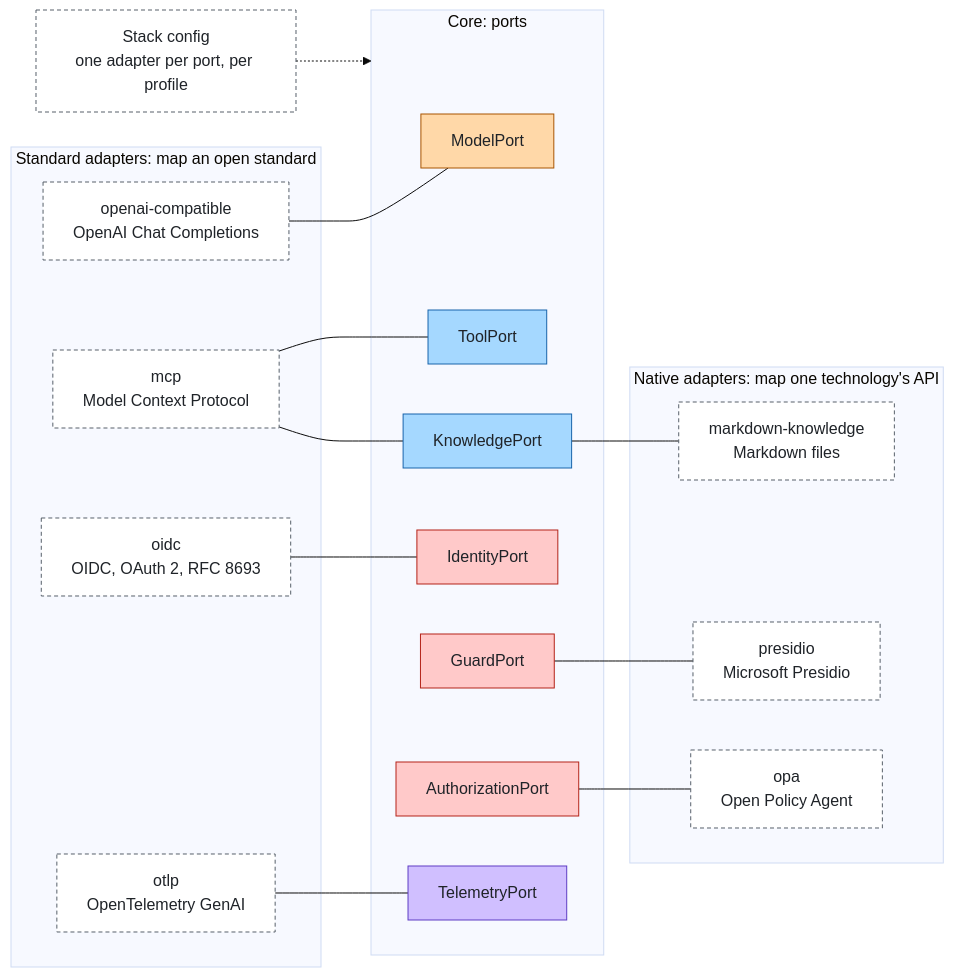
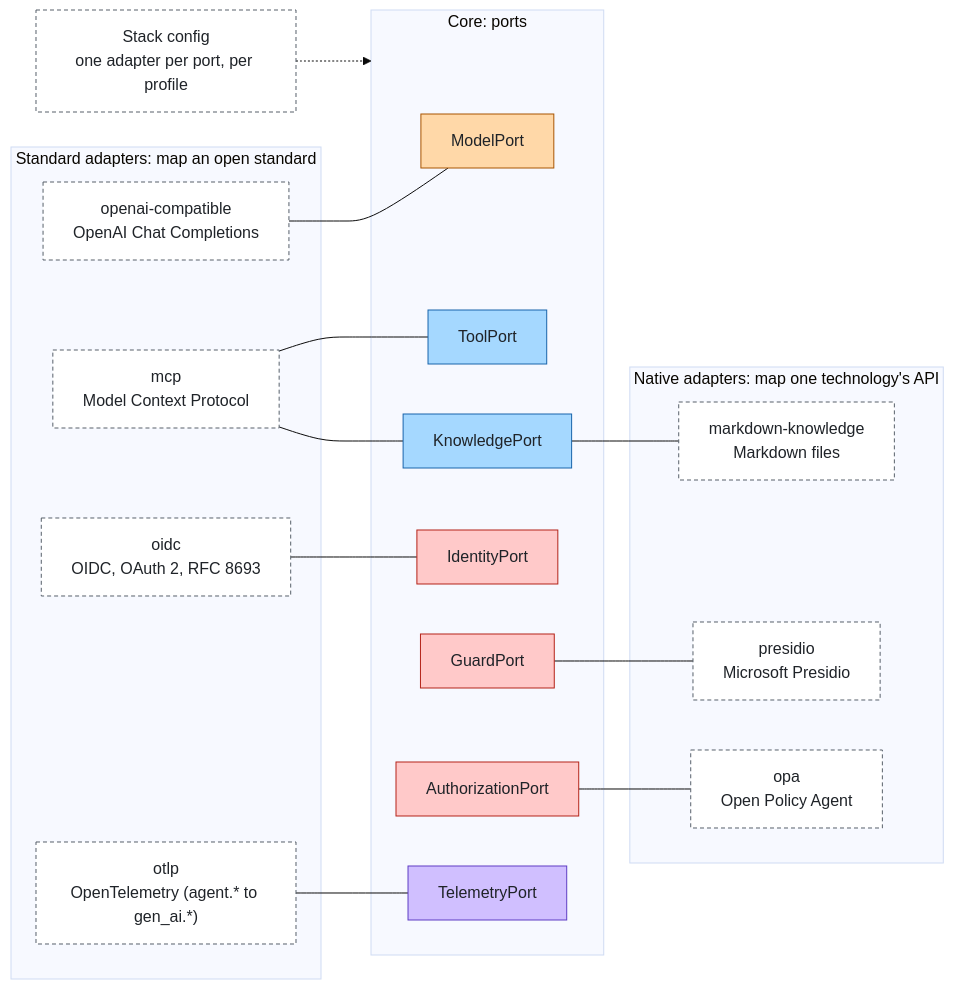
One commit to aantenore/agent-layers changed the third of 3 diagrams in docs/stack.md. Above: the diagram before and after it, drawn with Mermaid (base theme). The commit also changed other lines of this file and 26 other files, not shown here.

````diff
--- a/docs/stack.md
+++ b/docs/stack.md
@@ -124,38 +124,38 @@
 ```mermaid
 flowchart LR
   config["Stack config<br/>one adapter per port, per profile"]:::external
   subgraph std["Standard adapters: map an open standard"]
     openai["openai-compatible<br/>OpenAI Chat Completions"]:::external
     mcp["mcp<br/>Model Context Protocol"]:::external
     oidc["oidc<br/>OIDC, OAuth 2, RFC 8693"]:::external
-    otlp["otlp<br/>OpenTelemetry GenAI"]:::external
+    otlp["otlp<br/>OpenTelemetry (agent.* to gen_ai.*)"]:::external
   end
   subgraph core["Core: ports"]
     model["ModelPort"]:::model
     tools["ToolPort"]:::agent
     know["KnowledgePort"]:::agent
     ident["IdentityPort"]:::control
     authz["AuthorizationPort"]:::control
     guard["GuardPort"]:::control
     tel["TelemetryPort"]:::insight
   end
   subgraph nat["Native adapters: map one technology's API"]
     md["markdown-knowledge<br/>Markdown files"]:::external
     presidio["presidio<br/>Microsoft Presidio"]:::external
     opa["opa<br/>Open Policy Agent"]:::external
   end
   config -.-> core
   openai --- model
   mcp --- tools
   mcp --- know
   oidc --- ident
   otlp --- tel
   know --- md
   guard --- presidio
   authz --- opa
   classDef model fill:#ffd8a8,stroke:#a85400,color:#1f2328
   classDef agent fill:#a5d8ff,stroke:#1864ab,color:#1f2328
   classDef control fill:#ffc9c9,stroke:#b42318,color:#1f2328
   classDef insight fill:#d0bfff,stroke:#5f3dc4,color:#1f2328
   classDef external fill:#ffffff,stroke:#57606a,color:#1f2328,stroke-dasharray:4 3
 ```
````
